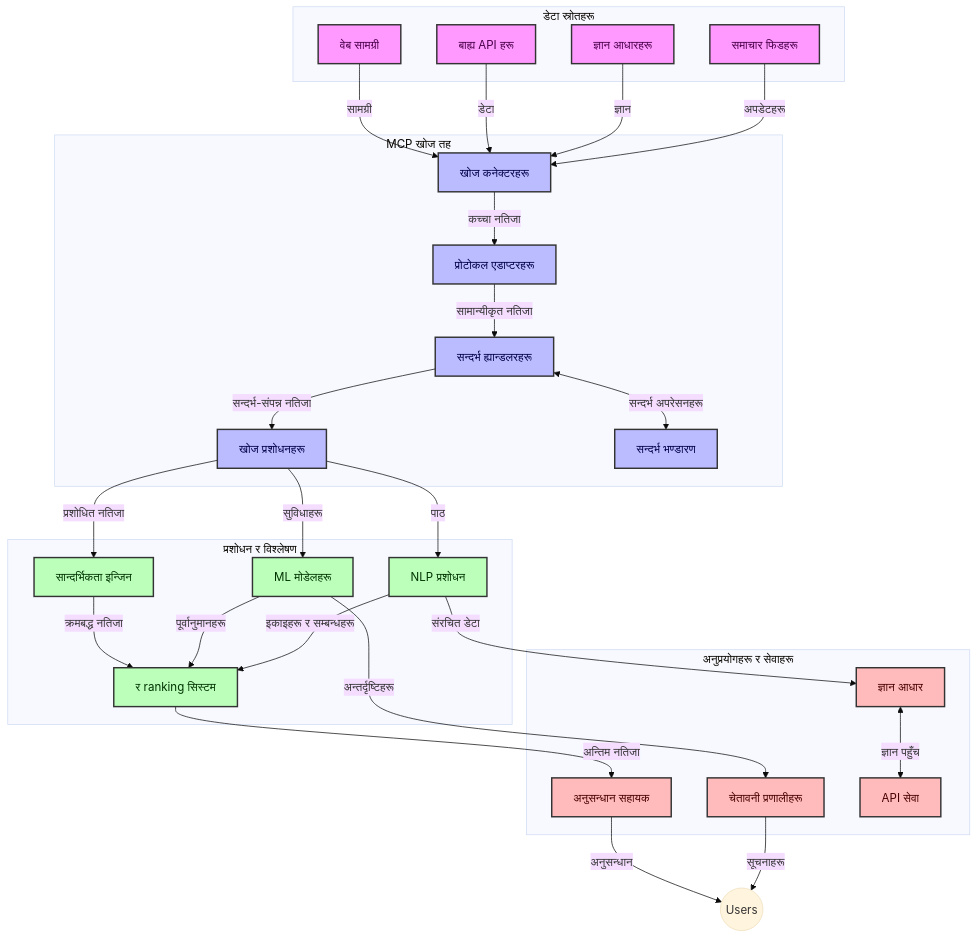
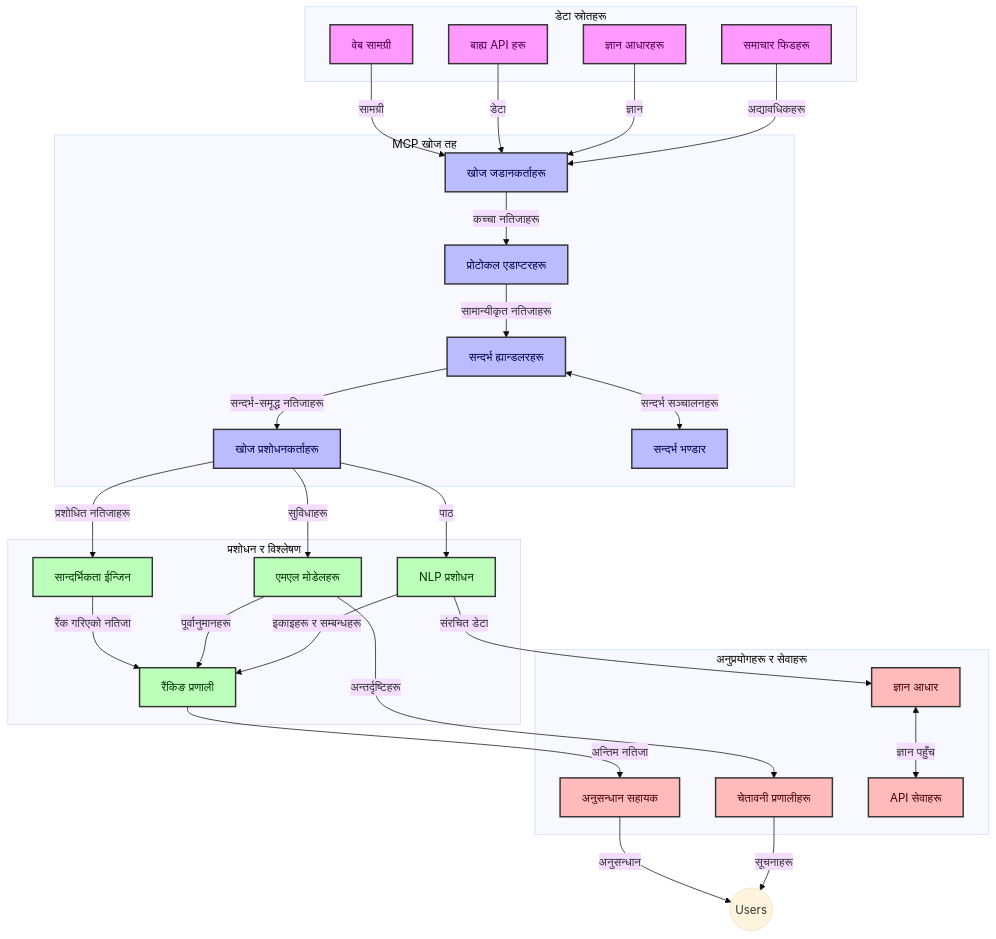
One commit to microsoft/mcp-for-beginners changed the first of 4 diagrams in translations/ne/05-AdvancedTopics/mcp-realtimesearch/README.md. Above: the diagram before and after it, drawn with Mermaid (base theme). The commit also changed other lines of this file and 118 other files, not shown here.

````diff
--- a/translations/ne/05-AdvancedTopics/mcp-realtimesearch/README.md
+++ b/translations/ne/05-AdvancedTopics/mcp-realtimesearch/README.md
@@ -109,66 +109,66 @@
 ```mermaid
 graph TD
     subgraph "डेटा स्रोतहरू"
         Web[वेब सामग्री]
         APIs[बाह्य API हरू]
         DB[ज्ञान आधारहरू]
         News[समाचार फिडहरू]
     end
 
     subgraph "MCP खोज तह"
-        SC[खोज कनेक्टरहरू]
+        SC[खोज जडानकर्ताहरू]
         PA[प्रोटोकल एडाप्टरहरू]
         CH[सन्दर्भ ह्यान्डलरहरू]
-        SP[खोज प्रशोधनहरू]
-        CS[सन्दर्भ भण्डारण]
+        SP[खोज प्रशोधनकर्ताहरू]
+        CS[सन्दर्भ भण्डार]
     end
 
     subgraph "प्रशोधन र विश्लेषण"
-        RE[सान्दर्भिकता इन्जिन]
-        ML[ML मोडेलहरू]
+        RE[सान्दर्भिकता ईन्जिन]
+        ML[एमएल मोडेलहरू]
         NLP[NLP प्रशोधन]
-        Rank[र ranking सिस्टम]
+        Rank[रैंकिङ प्रणाली]
     end
 
     subgraph "अनुप्रयोगहरू र सेवाहरू"
         RA[अनुसन्धान सहायक]
         Alerts[चेतावनी प्रणालीहरू]
         KB[ज्ञान आधार]
-        API[API सेवा]
+        API[API सेवाहरू]
     end
 
     Web -->|सामग्री| SC
     APIs -->|डेटा| SC
     DB -->|ज्ञान| SC
-    News -->|अपडेटहरू| SC
+    News -->|अद्यावधिकहरू| SC
     
-    SC -->|कच्चा नतिजा| PA
-    PA -->|सामान्यीकृत नतिजा| CH
-    CH <-->|सन्दर्भ अपरेसनहरू| CS
-    CH -->|सन्दर्भ-संपन्न नतिजा| SP
-    SP -->|प्रशोधित नतिजा| RE
+    SC -->|कच्चा नतिजाहरू| PA
+    PA -->|सामान्यीकृत नतिजाहरू| CH
+    CH <-->|सन्दर्भ सञ्चालनहरू| CS
+    CH -->|सन्दर्भ-समृद्ध नतिजाहरू| SP
+    SP -->|प्रशोधित नतिजाहरू| RE
     SP -->|सुविधाहरू| ML
     SP -->|पाठ| NLP
     
-    RE -->|क्रमबद्ध नतिजा| Rank
+    RE -->|रैंक गरिएको नतिजा| Rank
     ML -->|पूर्वानुमानहरू| Rank
     NLP -->|इकाइहरू र सम्बन्धहरू| Rank
     
     Rank -->|अन्तिम नतिजा| RA
     ML -->|अन्तर्दृष्टिहरू| Alerts
     NLP -->|संरचित डेटा| KB
     
     RA -->|अनुसन्धान| Users((Users))
     Alerts -->|सूचनाहरू| Users
     KB <-->|ज्ञान पहुँच| API
 
     classDef sources fill:#f9f,stroke:#333,stroke-width:2px,color:#4a004a
     classDef mcp fill:#bbf,stroke:#333,stroke-width:2px,color:#00004a
     classDef processing fill:#bfb,stroke:#333,stroke-width:2px,color:#003300
     classDef apps fill:#fbb,stroke:#333,stroke-width:2px,color:#4a0000
     
     class Web,APIs,DB,News sources
     class SC,PA,CH,SP,CS mcp
     class RE,ML,NLP,Rank processing
     class RA,Alerts,KB,API apps
 ```
````
